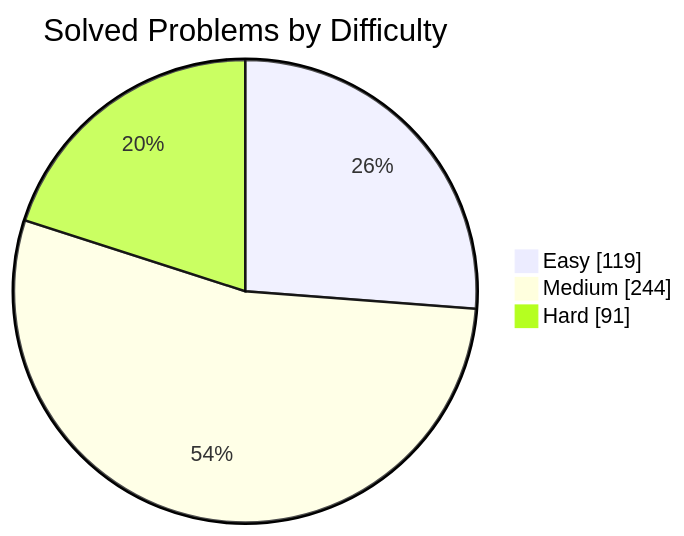
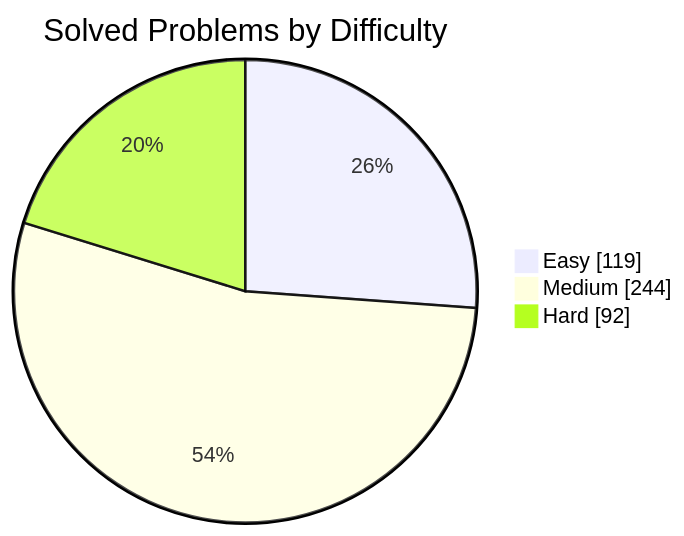
Before and after one commit to manikantbindass/DSA-Preparation-FAANG: the first of 2 diagrams in README.md, drawn with Mermaid. The commit also changed other lines of this file and 1 other file, not shown here.

````diff
--- a/README.md
+++ b/README.md
@@ -77,7 +77,7 @@
 ```mermaid
 pie showData
     title Solved Problems by Difficulty
     "Easy" : 119
     "Medium" : 244
-    "Hard" : 91
+    "Hard" : 92
 ```
````
